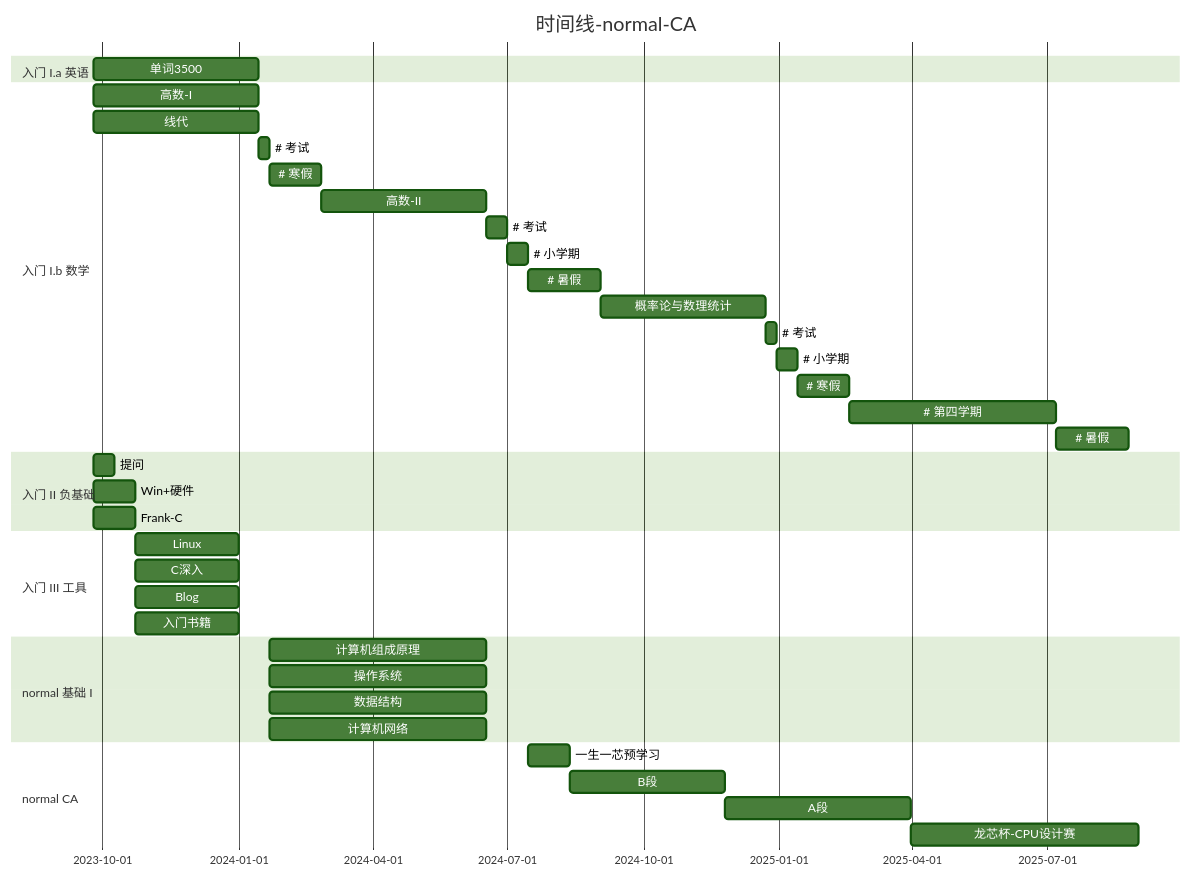
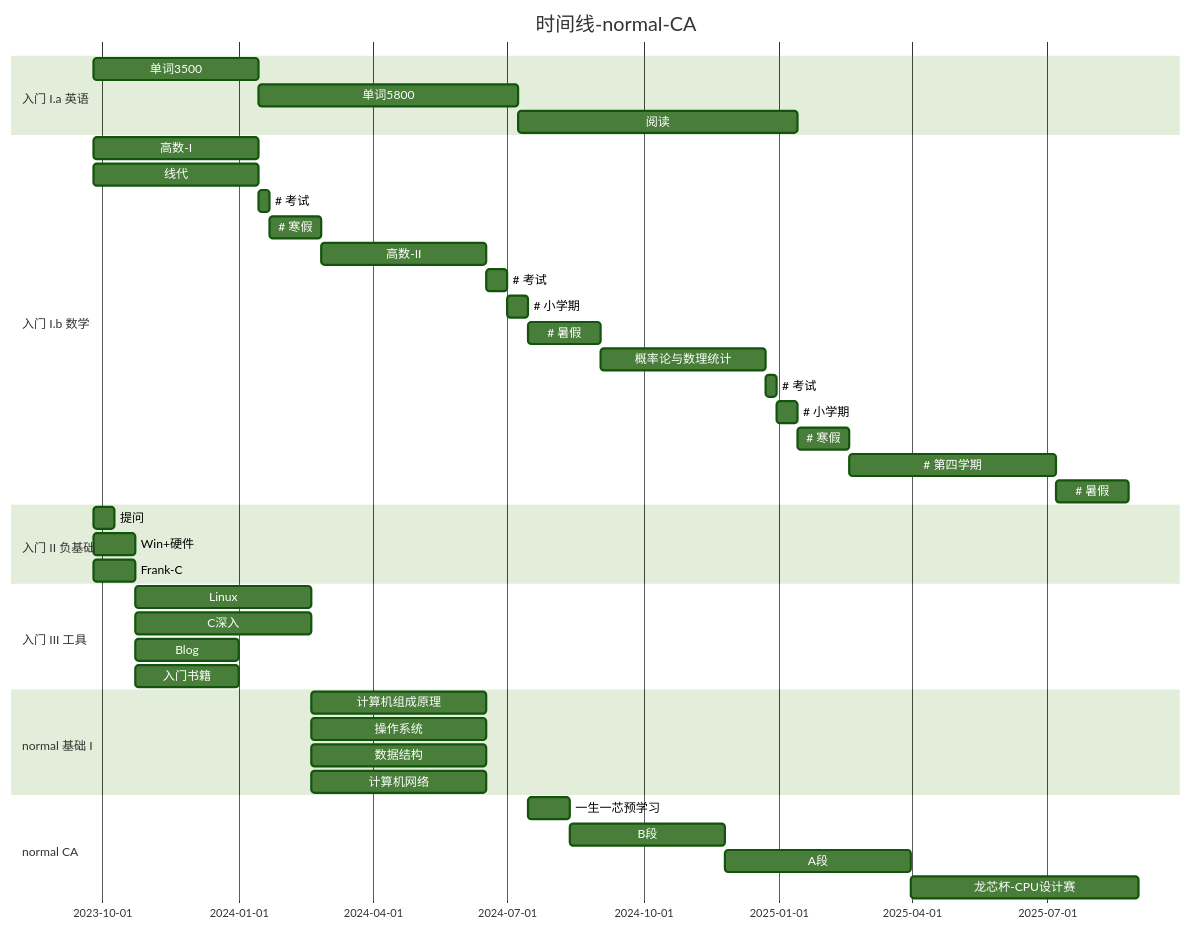
The third of 3 diagrams in docs/greenhand/fertile/fertile.md (Haohahahaha/cs), drawn with Mermaid (forest theme) before and after one commit. The commit also changed other lines of this file and 1 other file, not shown here.

````diff
--- a/docs/greenhand/fertile/fertile.md
+++ b/docs/greenhand/fertile/fertile.md
@@ -109,40 +115,43 @@
 ```mermaid
 gantt
     title 时间线-normal-CA
     section 入门 I.a 英语
-    单词3500     :2023-09-25, 16w
+    单词3500  : 2023-09-25, 16w
+    单词5800  : 25w
+    阅读		: 27w
     section 入门 I.b 数学
     高数-I	: 2023-09-25, 16w
     线代 		: 2023-09-25, 16w
 #    考试: 1w
 #    寒假: 5w
     高数-II	: 2024-02-26, 16w
 #    考试: 2w
 #    小学期: 2w
 #    暑假: 7w
     概率论与数理统计: 2024-09-02, 16w
 #    考试: 1w
 #    小学期: 2w
 #    寒假: 5w
 #    第四学期: 20w
 #    暑假: 7w
     section 入门 II 负基础
     提问	: 2023-09-25, 2w
     Win+硬件: 2023-09-25, 4w
     Frank-C	: 2023-09-25, 4w
     section 入门 III 工具
-    Linux: 2023-10-23, 10w
-    C深入: 2023-10-23, 10w
+    Linux: 2023-10-23, 17w
+    C深入: 2023-10-23, 17w
     Blog: 2023-10-23, 10w
     入门书籍: 2023-10-23, 10w
     section normal 基础 I
-   	计算机组成原理: 2024-01-22, 21w
-   	操作系统: 2024-01-22, 21w
-   	数据结构: 2024-01-22, 21w
-    计算机网络: 2024-01-22, 21w
+   	计算机组成原理: 2024-02-19, 17w
+   	操作系统: 2024-02-19, 17w
+   	数据结构: 2024-02-19, 17w
+    计算机网络: 2024-02-19, 17w
     section normal CA
     一生一芯预学习: 2024-07-15, 4w
     B段: 15w
     A段: 18w
     龙芯杯-CPU设计赛: 2025-03-31, 22w
+    
 ```
````
